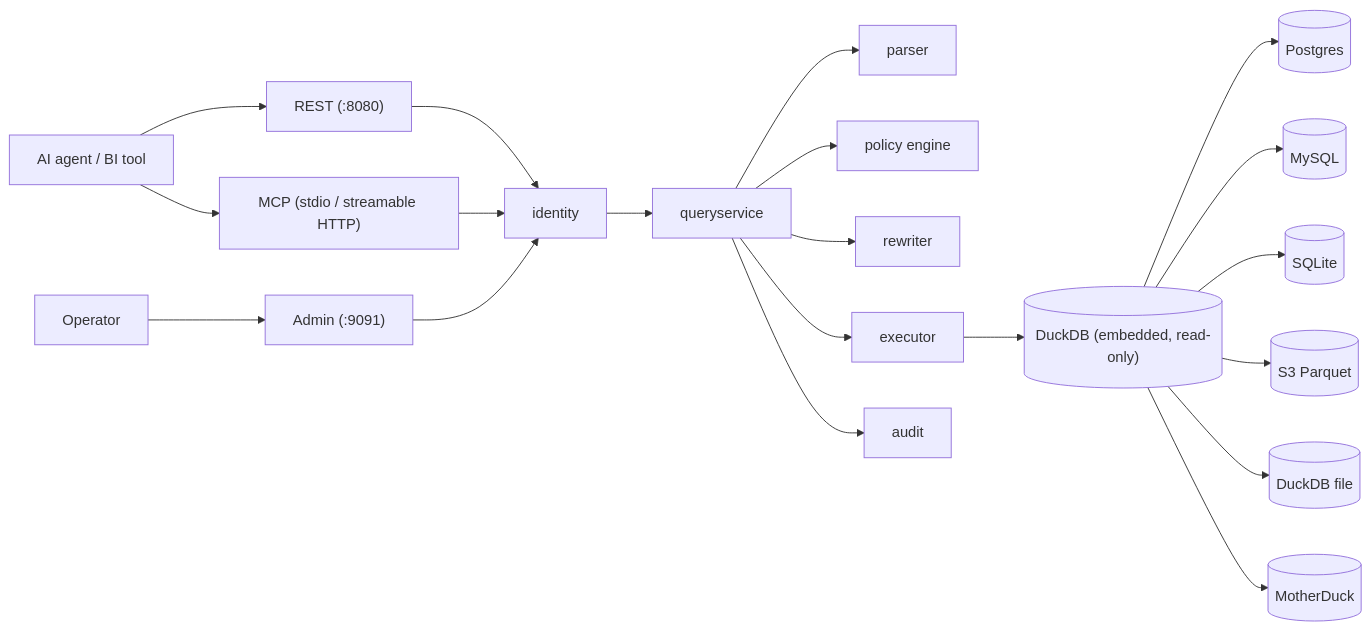
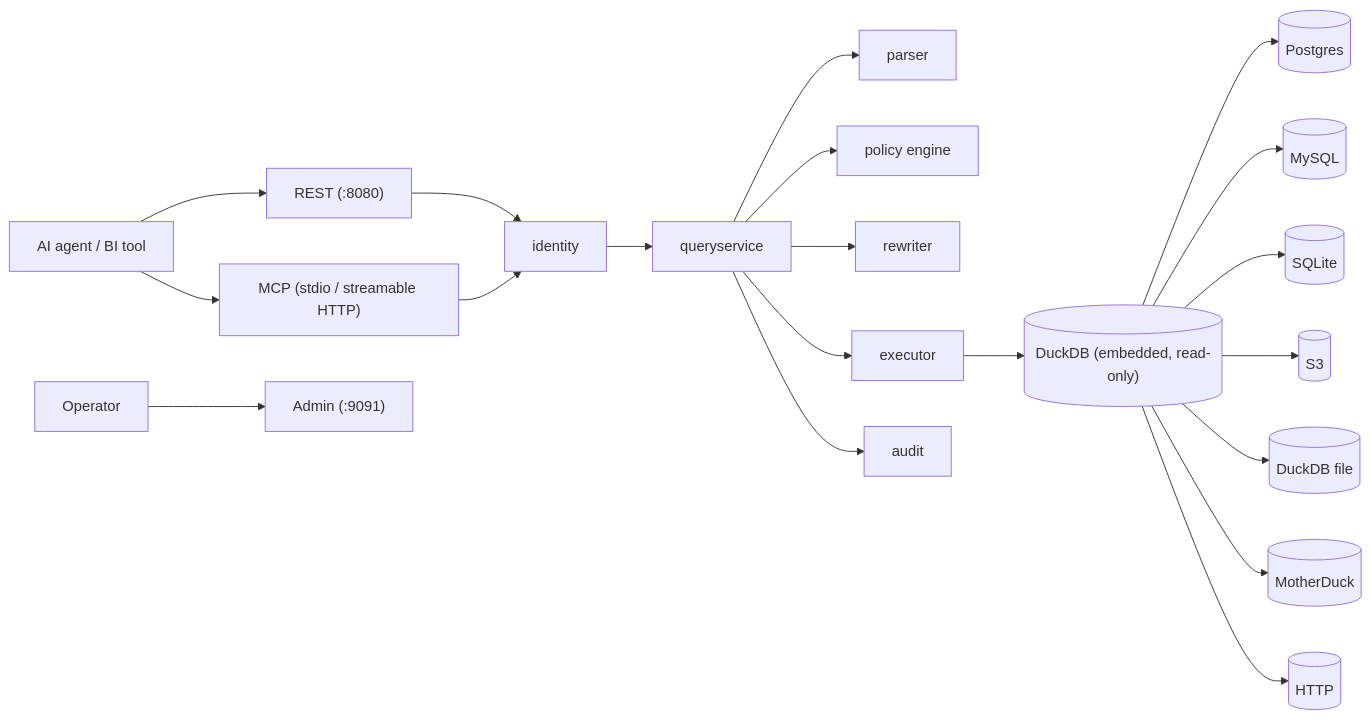
Before and after one commit to bino-bi/sluice: the diagram in docs-audit/diagrams/architecture-index.mmd, drawn with Mermaid. The commit also changed 554 other files, not shown here.

```diff
--- a/docs-audit/diagrams/architecture-index.mmd
+++ b/docs-audit/diagrams/architecture-index.mmd
@@ -1,20 +1,20 @@
 flowchart LR
     C[AI agent / BI tool] --> REST["REST (:8080)"]
     C --> MCP["MCP (stdio / streamable HTTP)"]
     OP[Operator] --> ADM["Admin (:9091)"]
     REST --> ID[identity]
     MCP --> ID
-    ADM --> ID
     ID --> QS[queryservice]
     QS --> P[parser]
     QS --> PE[policy engine]
     QS --> RW[rewriter]
     QS --> EX[executor]
     QS --> AU[audit]
     EX --> DD[("DuckDB (embedded, read-only)")]
     DD --> S1[(Postgres)]
     DD --> S2[(MySQL)]
     DD --> S3[(SQLite)]
-    DD --> S4[(S3 Parquet)]
+    DD --> S4[(S3)]
     DD --> S5[(DuckDB file)]
     DD --> S6[(MotherDuck)]
+    DD --> S7[(HTTP)]
```
